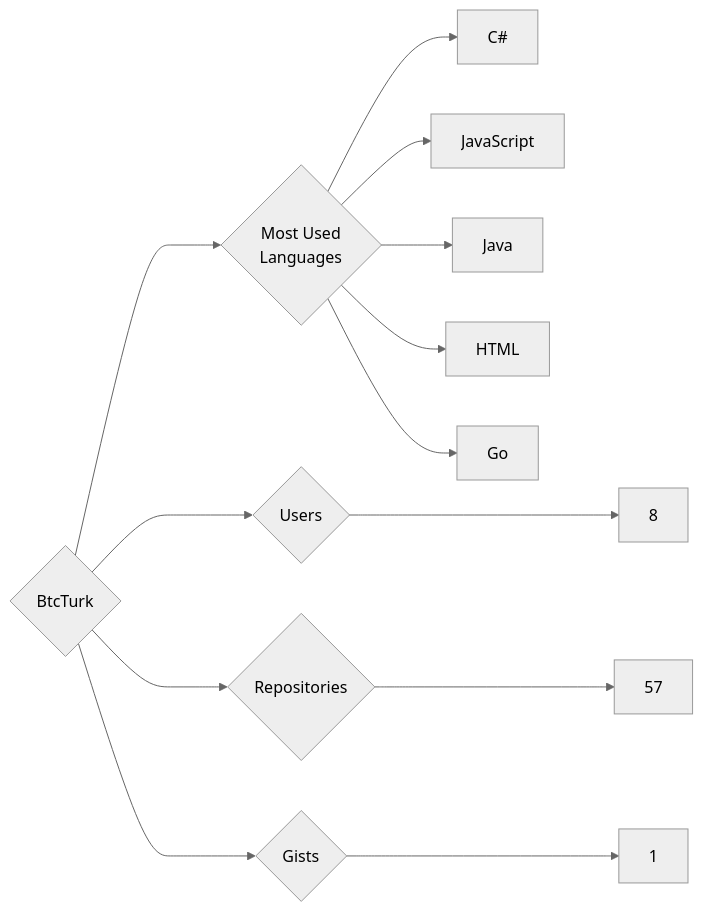
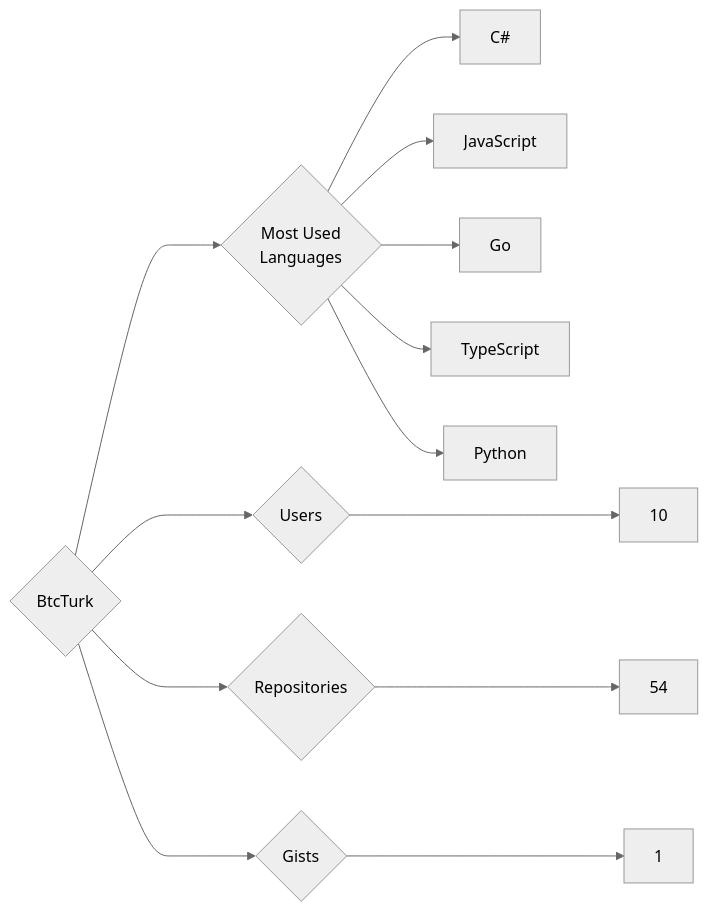
Before and after one commit to trickest/insiders: the diagram in targets/BtcTurk/README.md, drawn with Mermaid (neutral theme). The commit also changed 633 other files, not shown here.

````diff
--- a/targets/BtcTurk/README.md
+++ b/targets/BtcTurk/README.md
@@ -3,13 +3,13 @@
 ```mermaid
 graph LR
 COMPANY_NAME{BtcTurk}
-COMPANY_NAME ---> U{Users} ---> UN[8]
-COMPANY_NAME ---> R{Repositories} ---> RN[57]
+COMPANY_NAME ---> U{Users} ---> UN[10]
+COMPANY_NAME ---> R{Repositories} ---> RN[54]
 COMPANY_NAME ---> G{Gists} ---> GN[1]
 COMPANY_NAME ---> ML{Most Used<br>Languages}
 ML --> C#[C#]
 ML --> JavaScript[JavaScript]
-ML --> Java[Java]
-ML --> HTML[HTML]
 ML --> Go[Go]
+ML --> TypeScript[TypeScript]
+ML --> Python[Python]
 ```
````
